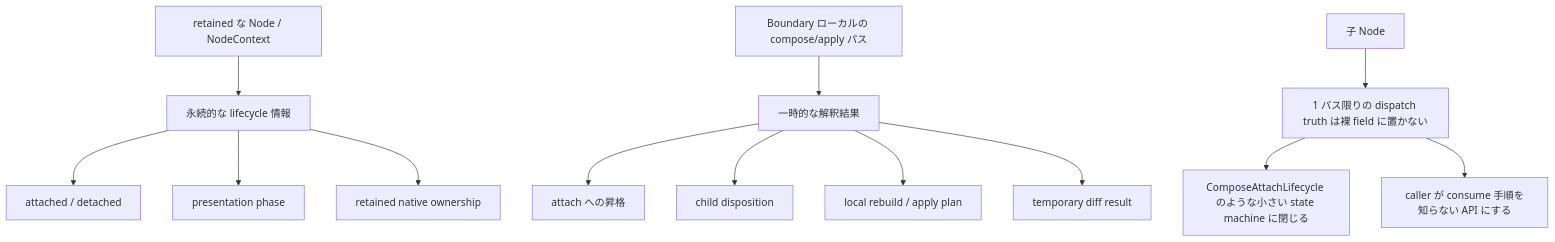
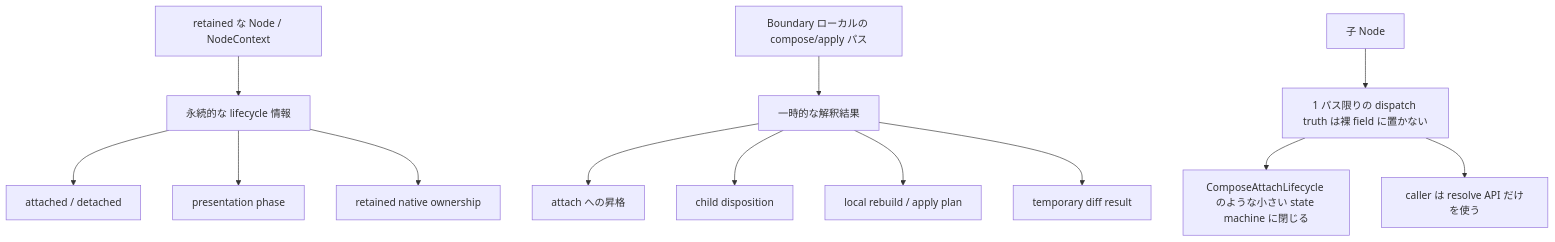
The first of 17 diagrams in docs/current_issues_diagram.md (cubenoy22/Loka), drawn with Mermaid before and after one commit. The commit also changed other lines of this file and 2 other files, not shown here.

````diff
--- a/docs/current_issues_diagram.md
+++ b/docs/current_issues_diagram.md
@@ -8,17 +8,17 @@
 ```mermaid
 flowchart TD
     A[retained な Node / NodeContext] --> B[永続的な lifecycle 情報]
     B --> B1[attached / detached]
     B --> B2[presentation phase]
     B --> B3[retained native ownership]
 
     C[Boundary ローカルの compose/apply パス] --> D[一時的な解釈結果]
     D --> D1[attach への昇格]
     D --> D2[child disposition]
     D --> D3[local rebuild / apply plan]
     D --> D4[temporary diff result]
 
     E[子 Node] --> F[1 パス限りの dispatch truth は裸 field に置かない]
     F --> F1[ComposeAttachLifecycle のような小さい state machine に閉じる]
-    F --> F2[caller が consume 手順を知らない API にする]
+    F --> F2[caller は resolve API だけを使う]
 ```
````
